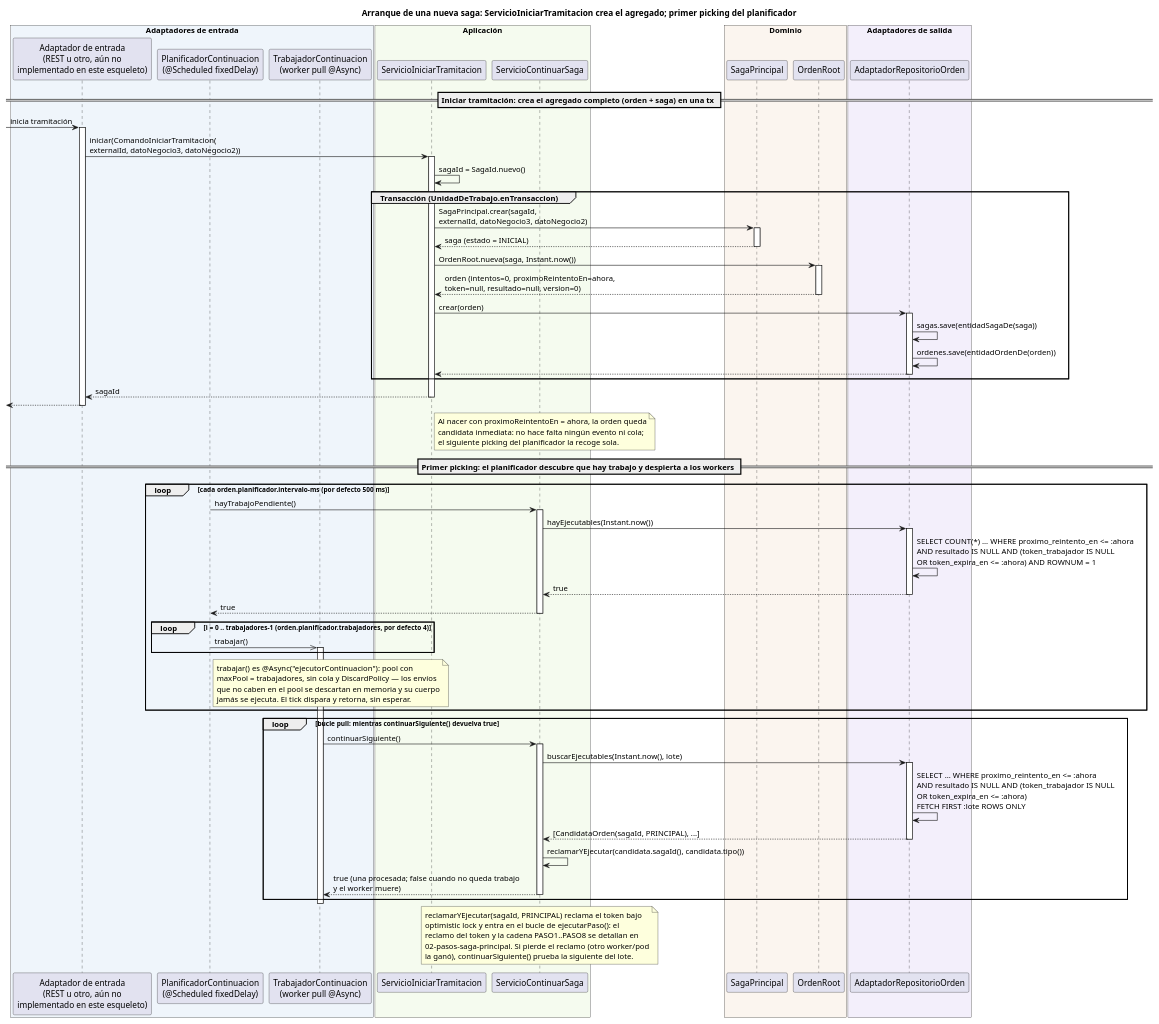
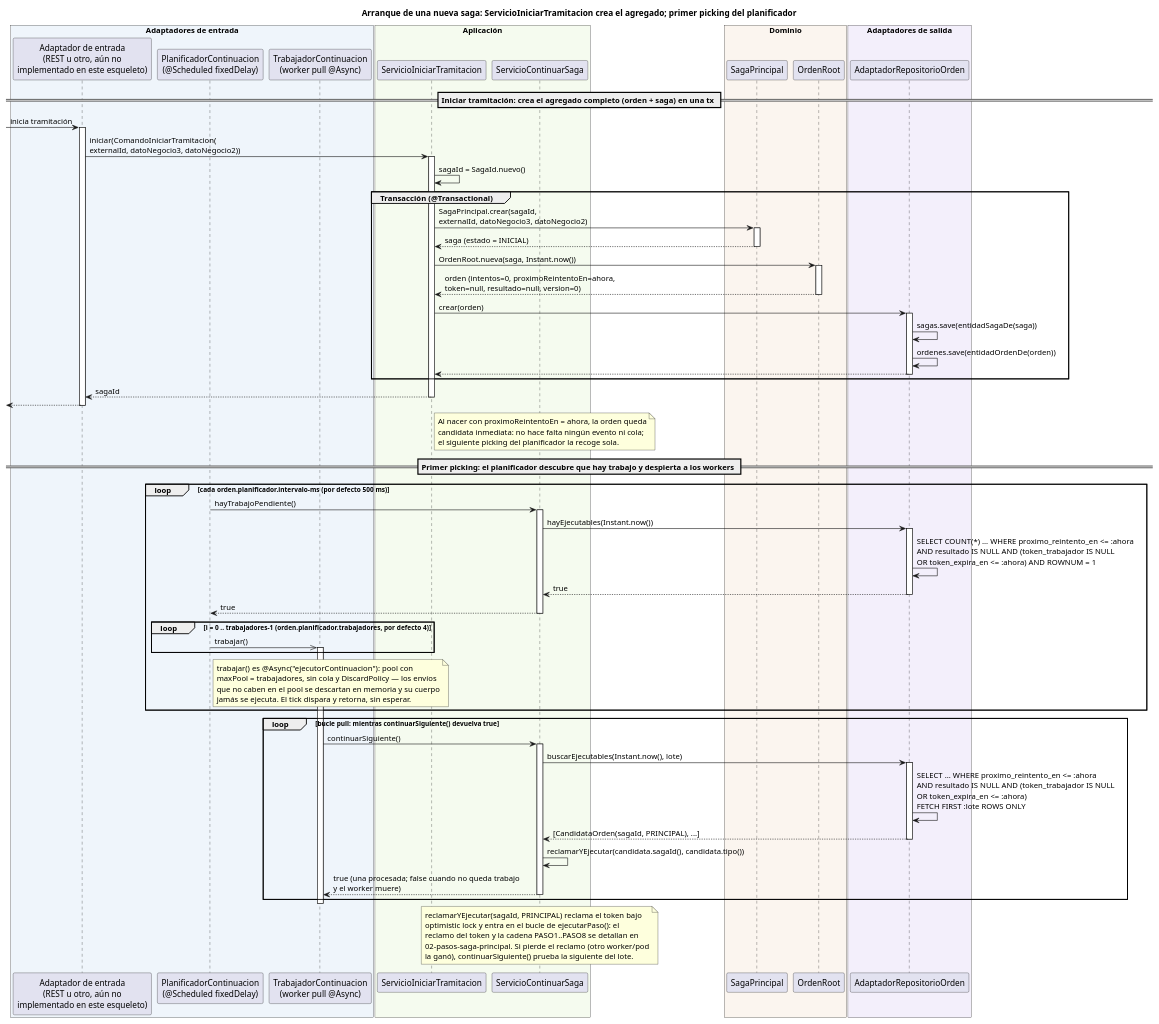
One commit to ralcazar/patrones changed the diagram in order-manager/docs/01-arranque-saga-nueva.puml. Above: the diagram before and after it, drawn with PlantUML. The commit also changed 61 other files, not shown here.

```diff
--- a/order-manager/docs/01-arranque-saga-nueva.puml
+++ b/order-manager/docs/01-arranque-saga-nueva.puml
@@ -1,83 +1,83 @@
 @startuml 01-arranque-saga-nueva
 title Arranque de una nueva saga: ServicioIniciarTramitacion crea el agregado; primer picking del planificador
 
 box "Adaptadores de entrada" #EFF5FB
   participant "Adaptador de entrada\n(REST u otro, aún no\nimplementado en este esqueleto)" as ENTRADA
   participant "PlanificadorContinuacion\n(@Scheduled fixedDelay)" as PLAN
   participant "TrabajadorContinuacion\n(worker pull @Async)" as TRAB
 end box
 box "Aplicación" #F5FBEF
   participant "ServicioIniciarTramitacion" as INICIAR
   participant "ServicioContinuarSaga" as CONT
 end box
 box "Dominio" #FBF5EF
   participant "SagaPrincipal" as SAGA
   participant "OrdenRoot" as ORDEN
 end box
 box "Adaptadores de salida" #F3EFFB
   participant "AdaptadorRepositorioOrden" as REPO
 end box
 
 == Iniciar tramitación: crea el agregado completo (orden + saga) en una tx ==
 [-> ENTRADA : inicia tramitación
 activate ENTRADA
 ENTRADA -> INICIAR ++ : iniciar(ComandoIniciarTramitacion(\nexternalId, datoNegocio3, datoNegocio2))
 INICIAR -> INICIAR : sagaId = SagaId.nuevo()
 
-group Transacción (UnidadDeTrabajo.enTransaccion)
+group Transacción (@Transactional)
   INICIAR -> SAGA ++ : SagaPrincipal.crear(sagaId,\nexternalId, datoNegocio3, datoNegocio2)
   return saga (estado = INICIAL)
   INICIAR -> ORDEN ++ : OrdenRoot.nueva(saga, Instant.now())
   return orden (intentos=0, proximoReintentoEn=ahora,\ntoken=null, resultado=null, version=0)
   INICIAR -> REPO ++ : crear(orden)
   REPO -> REPO : sagas.save(entidadSagaDe(saga))
   REPO -> REPO : ordenes.save(entidadOrdenDe(orden))
   return
 end
 return sagaId
 [<-- ENTRADA
 deactivate ENTRADA
 
 note right of INICIAR
   Al nacer con proximoReintentoEn = ahora, la orden queda
   candidata inmediata: no hace falta ningún evento ni cola;
   el siguiente picking del planificador la recoge sola.
 end note
 
 == Primer picking: el planificador descubre que hay trabajo y despierta a los workers ==
 loop cada orden.planificador.intervalo-ms (por defecto 500 ms)
   PLAN -> CONT ++ : hayTrabajoPendiente()
   CONT -> REPO ++ : hayEjecutables(Instant.now())
   REPO -> REPO : SELECT COUNT(*) ... WHERE proximo_reintento_en <= :ahora\nAND resultado IS NULL AND (token_trabajador IS NULL\nOR token_expira_en <= :ahora) AND ROWNUM = 1
   return true
   return true
   loop i = 0 .. trabajadores-1 (orden.planificador.trabajadores, por defecto 4)
     PLAN ->> TRAB : trabajar()
     activate TRAB
   end
   note right of PLAN
     trabajar() es @Async("ejecutorContinuacion"): pool con
     maxPool = trabajadores, sin cola y DiscardPolicy — los envíos
     que no caben en el pool se descartan en memoria y su cuerpo
     jamás se ejecuta. El tick dispara y retorna, sin esperar.
   end note
 end
 
 loop bucle pull: mientras continuarSiguiente() devuelva true
   TRAB -> CONT ++ : continuarSiguiente()
   CONT -> REPO ++ : buscarEjecutables(Instant.now(), lote)
   REPO -> REPO : SELECT ... WHERE proximo_reintento_en <= :ahora\nAND resultado IS NULL AND (token_trabajador IS NULL\nOR token_expira_en <= :ahora)\nFETCH FIRST :lote ROWS ONLY
   return [CandidataOrden(sagaId, PRINCIPAL), ...]
   CONT -> CONT : reclamarYEjecutar(candidata.sagaId(), candidata.tipo())
   return true (una procesada; false cuando no queda trabajo\ny el worker muere)
 end
 deactivate TRAB
 
 note over CONT
   reclamarYEjecutar(sagaId, PRINCIPAL) reclama el token bajo
   optimistic lock y entra en el bucle de ejecutarPaso(): el
   reclamo del token y la cadena PASO1..PASO8 se detallan en
   02-pasos-saga-principal. Si pierde el reclamo (otro worker/pod
   la ganó), continuarSiguiente() prueba la siguiente del lote.
 end note
 @enduml
```
